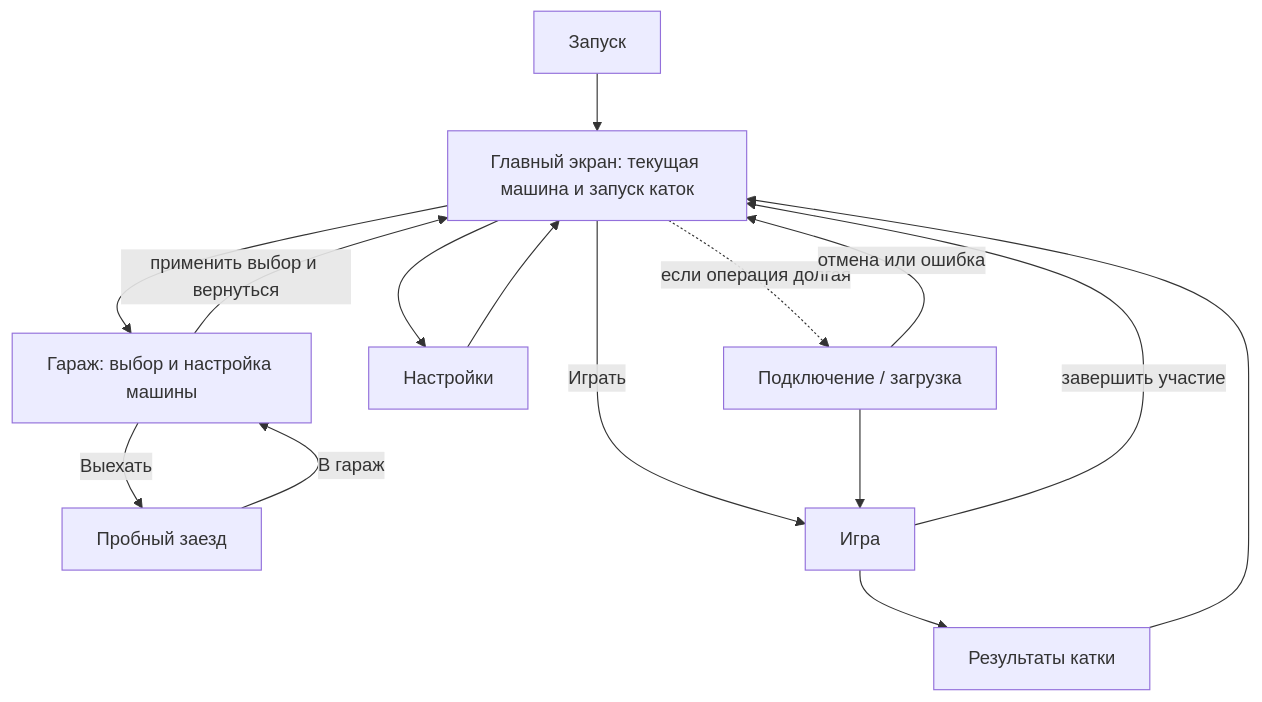
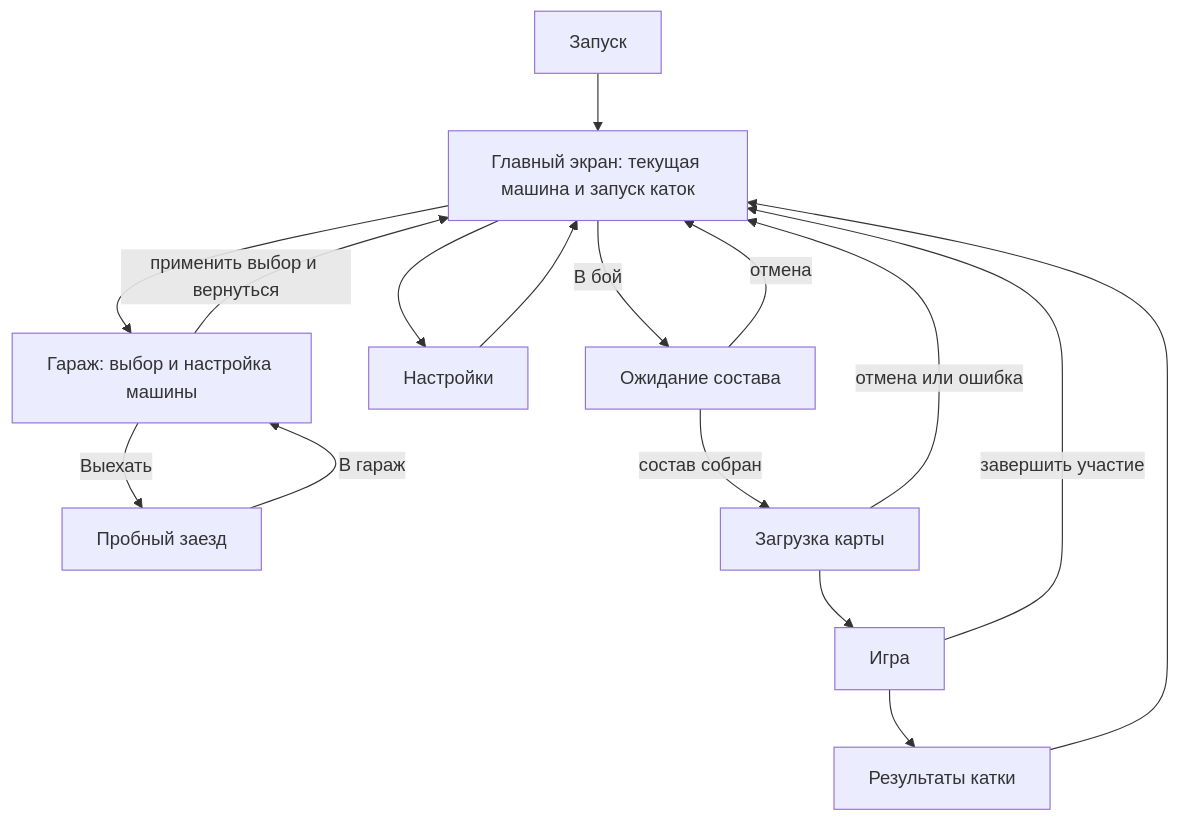
Before and after one commit to nikita2015mesh-stack/Tanks: the diagram in Docs/SCREENS_AND_FLOWS.md, drawn with Mermaid. The commit also changed other lines of this file and 29 other files, not shown here.

````diff
--- a/Docs/SCREENS_AND_FLOWS.md
+++ b/Docs/SCREENS_AND_FLOWS.md
@@ -19,17 +19,18 @@
 ```mermaid
 flowchart TD
     Boot[Запуск] --> Main[Главный экран: текущая машина и запуск каток]
     Main --> Garage[Гараж: выбор и настройка машины]
     Garage -->|применить выбор и вернуться| Main
     Garage -->|Выехать| TestDrive[Пробный заезд]
     TestDrive -->|В гараж| Garage
     Main --> Settings[Настройки]
     Settings --> Main
-    Main -->|Играть| Game[Игра]
-    Main -.->|если операция долгая| Loading[Подключение / загрузка]
-    Loading --> Game
+    Main -->|В бой| Queue[Ожидание состава]
+    Queue -->|состав собран| Loading[Загрузка карты]
+    Queue -->|отмена| Main
+    Loading --> Game[Игра]
     Loading -->|отмена или ошибка| Main
     Game --> Results[Результаты катки]
     Results --> Main
     Game -->|завершить участие| Main
 ```
````
